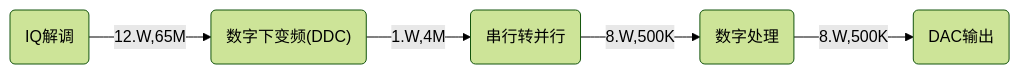
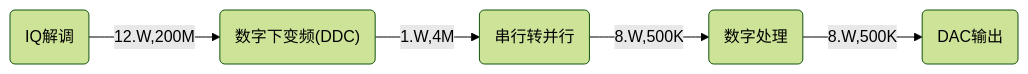
Before and after one commit to chiro2001/urllc-demo-pynq: the second of 2 diagrams in README.md, drawn with Mermaid (forest theme). The commit also changed other lines of this file and 2452 other files, not shown here.

````diff
--- a/README.md
+++ b/README.md
@@ -47,10 +46,10 @@
 ```mermaid
 graph LR
 input_iq("IQ解调")
 ddc("数字下变频(DDC)")
 serial("串行转并行")
 data_process("数字处理")
 dac("DAC输出")
 
-input_iq --12.W,65M--> ddc --1.W,4M--> serial --8.W,500K--> data_process --8.W,500K--> dac
+input_iq --12.W,200M--> ddc --1.W,4M--> serial --8.W,500K--> data_process --8.W,500K--> dac
 ```
````
